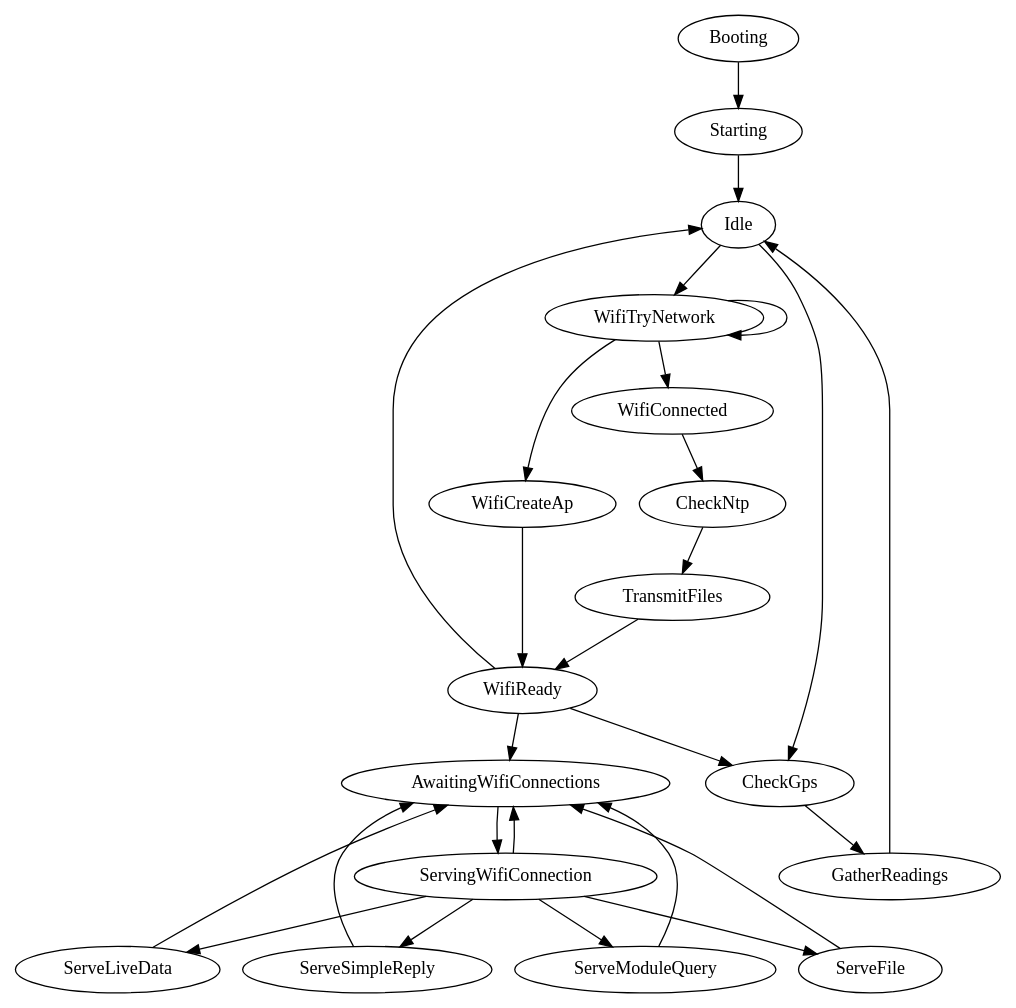
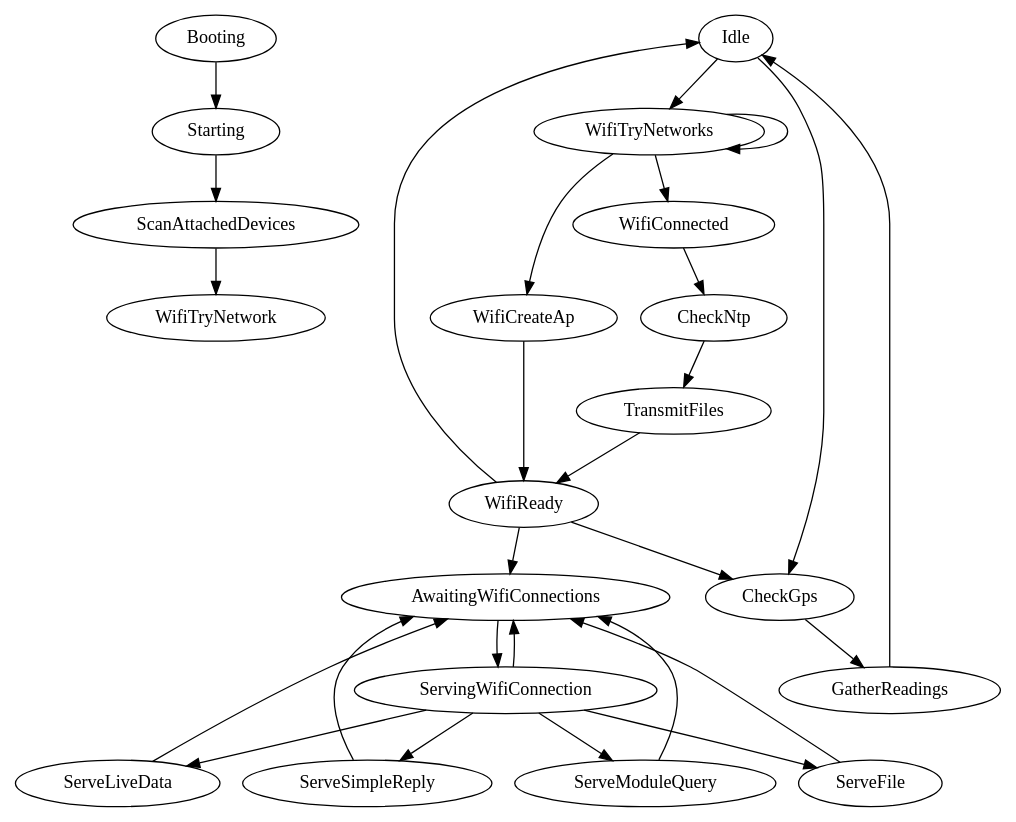
Before and after one commit to fieldkit/firmware-common: the diagram in doc/device.dot, drawn with Graphviz. The commit also changed 12 other files, not shown here.

```diff
--- a/doc/device.dot
+++ b/doc/device.dot
@@ -1,28 +1,29 @@
 digraph fk {
-  Booting -> Starting -> Idle;
+  Booting -> Starting -> ScanAttachedDevices;
 
-  Idle -> WifiTryNetwork;
+  ScanAttachedDevices -> WifiTryNetwork;
 
-  WifiTryNetwork -> WifiConnected;
-  WifiTryNetwork -> WifiTryNetwork;
-  WifiTryNetwork -> WifiCreateAp;
+  Idle -> WifiTryNetworks;
+  WifiTryNetworks -> WifiConnected;
+  WifiTryNetworks -> WifiTryNetworks;
+  WifiTryNetworks -> WifiCreateAp;
   WifiCreateAp -> WifiReady;
 
   WifiConnected -> CheckNtp -> TransmitFiles -> WifiReady;
 
   WifiReady -> Idle;
 
   WifiReady -> AwaitingWifiConnections;
   AwaitingWifiConnections -> ServingWifiConnection;
   ServingWifiConnection -> AwaitingWifiConnections;
 
   ServingWifiConnection -> ServeSimpleReply -> AwaitingWifiConnections;
   ServingWifiConnection -> ServeModuleQuery -> AwaitingWifiConnections;
   ServingWifiConnection -> ServeFile -> AwaitingWifiConnections;
   ServingWifiConnection -> ServeLiveData -> AwaitingWifiConnections;
 
   WifiReady -> CheckGps;
   Idle -> CheckGps;
 
   CheckGps -> GatherReadings -> Idle;
 }
```
